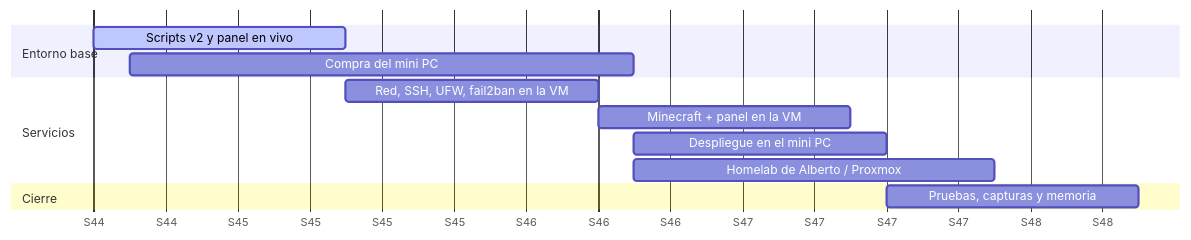
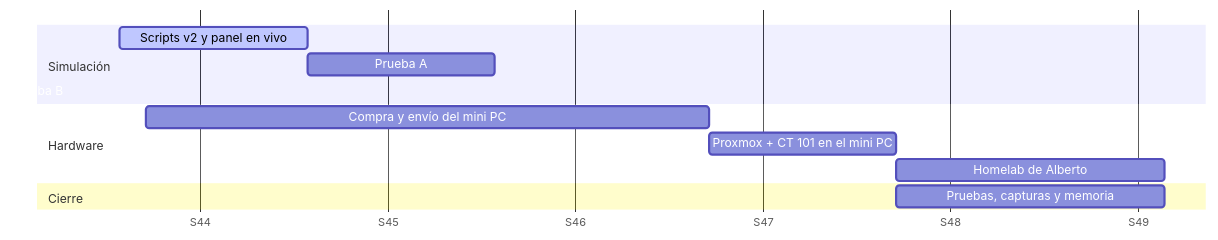
The diagram in docs/06-planificacion.md (Andrew8967/Proyecto-Intermodular), drawn with Mermaid before and after one commit. The commit also changed other lines of this file and 14 other files, not shown here.

First line of the commit message:
Proxmox VE 9 como base: CT LXC para Minecraft y el panel

````diff
--- a/docs/06-planificacion.md
+++ b/docs/06-planificacion.md
@@ -5,15 +5,15 @@
 ```mermaid
 gantt
     dateFormat  YYYY-MM-DD
     axisFormat  S%W
-    section Entorno base
-    Scripts v2 y panel en vivo      :active, b2, 2026-11-05, 7d
-    Compra del mini PC              :b3, 2026-11-06, 14d
-    section Servicios
-    Red, SSH, UFW, fail2ban en la VM :c1, 2026-11-12, 7d
-    Minecraft + panel en la VM      :c2, after c1, 7d
-    Despliegue en el mini PC        :c3, after b3, 7d
-    Homelab de Alberto / Proxmox    :c4, after b3, 10d
+    section Simulación
+    Scripts v2 y panel en vivo           :active, b2, 2026-11-05, 7d
+    Prueba A: servicios en VM Debian 13  :c1, 2026-11-12, 7d
+    Prueba B: Proxmox en VM + CT 101     :c2, after c1, 7d
+    section Hardware
+    Compra y envío del mini PC           :b3, 2026-11-06, 21d
+    Proxmox + CT 101 en el mini PC       :c3, after b3, 7d
+    Homelab de Alberto                   :c4, after c3, 10d
     section Cierre
-    Pruebas, capturas y memoria     :d1, after c3, 7d
+    Pruebas, capturas y memoria          :d1, after c3, 10d
 ```
````
